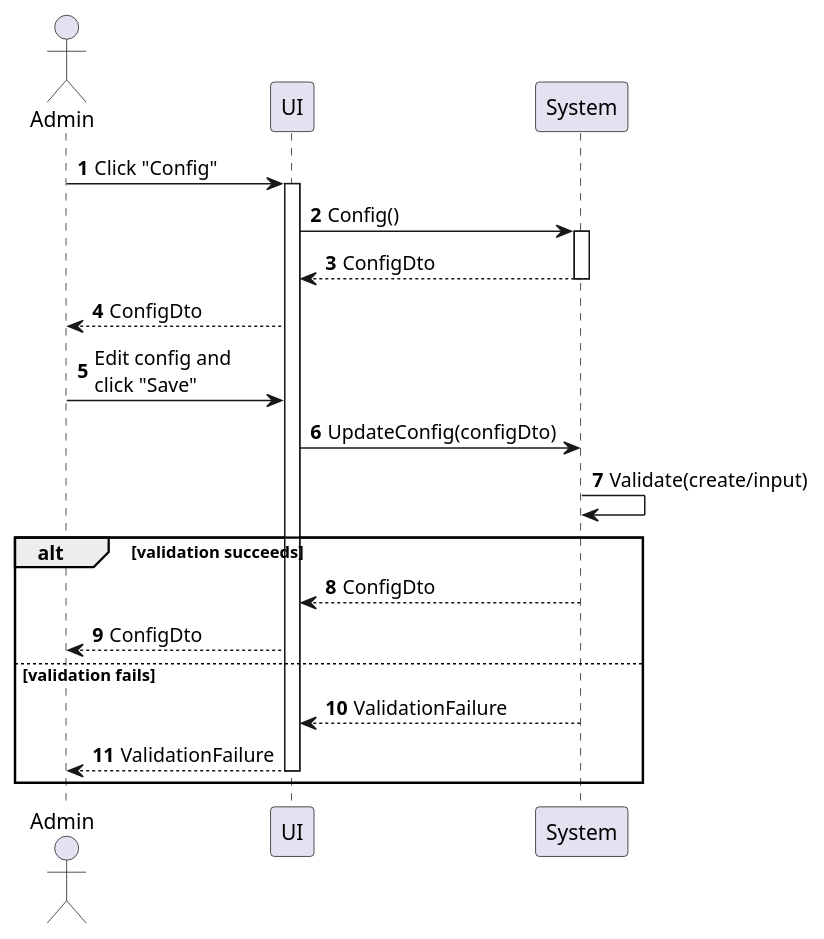
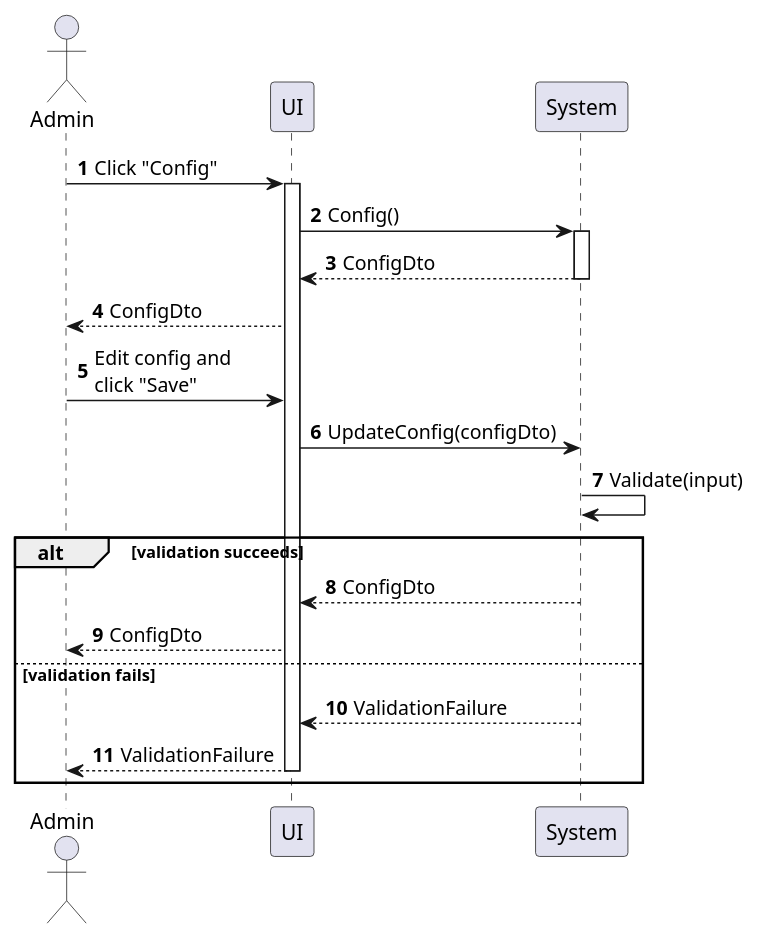
One commit to phihungha/scmss-reqs changed the diagram in sequences/config-manage.plantuml. Above: the diagram before and after it, drawn with PlantUML. The commit also changed 29 other files, not shown here.

```diff
--- a/sequences/config-manage.plantuml
+++ b/sequences/config-manage.plantuml
@@ -1,26 +1,26 @@
 @startuml config-manage
 autonumber
 
 actor "Admin" as a
 participant UI as f
 participant System as b
 
 a -> f : Click "Config"
 activate f
 f -> b : Config()
 activate b
 return ConfigDto
 f --> a : ConfigDto
 
 a -> f : Edit config and\nclick "Save"
 f -> b : UpdateConfig(configDto)
-b -> b : Validate(create/input)
+b -> b : Validate(input)
 alt validation succeeds
     b --> f : ConfigDto
     f --> a : ConfigDto
 else validation fails
     b --> f : ValidationFailure
     return ValidationFailure
 end
 
 @enduml
```
